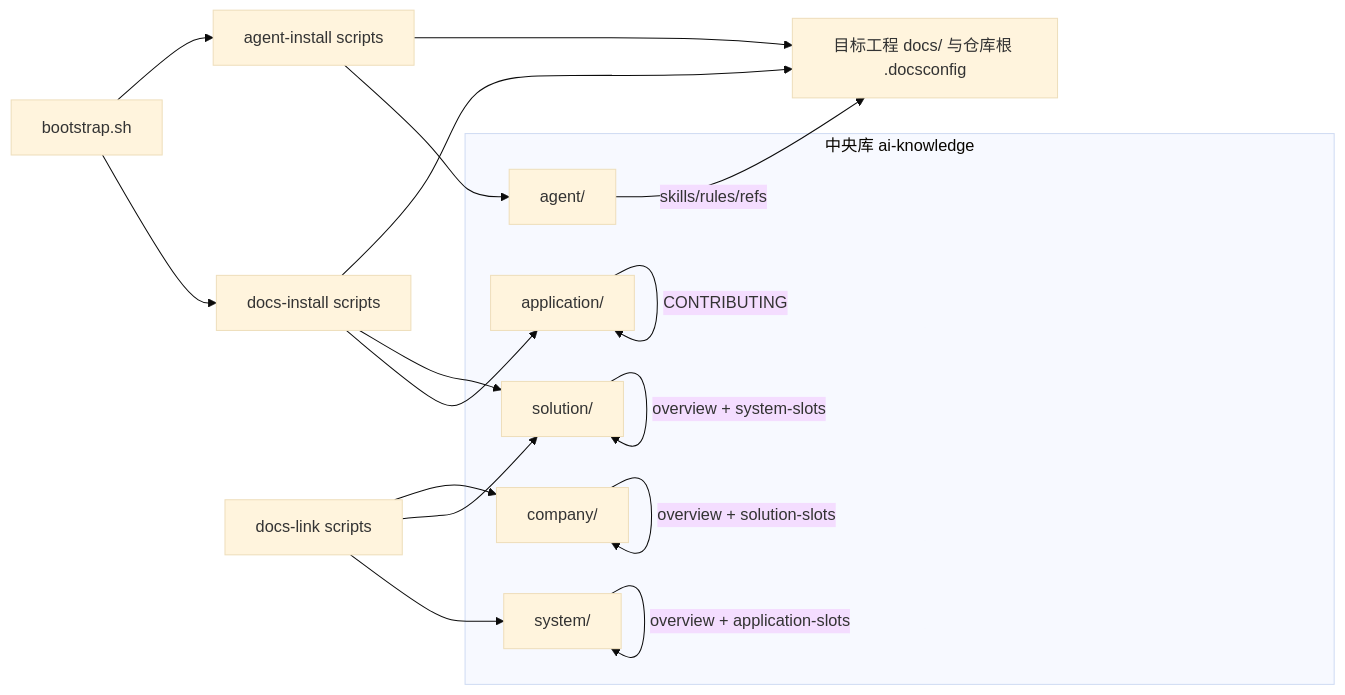
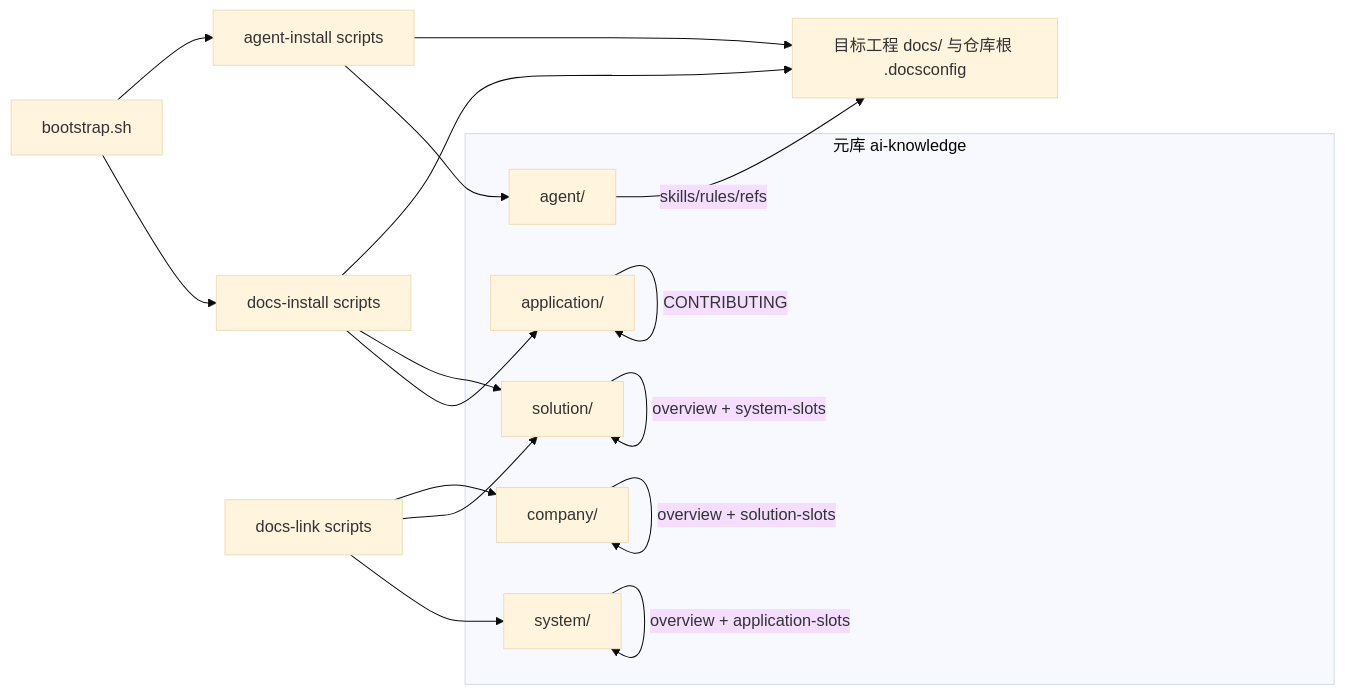
The first of 2 diagrams in INDEX-GUIDE.md (oleewen/ai-knowledge), drawn with Mermaid (base theme) before and after one commit. The commit also changed other lines of this file and 51 other files, not shown here.

````diff
--- a/INDEX-GUIDE.md
+++ b/INDEX-GUIDE.md
@@ -98,30 +98,30 @@
 ```mermaid
 flowchart LR
-  subgraph central["中央库 ai-knowledge"]
+  subgraph central["元库 ai-knowledge"]
     app["application/"]
     ag["agent/"]
     sys["system/"]
     sln["solution/"]
     co["company/"]
   end
   tgt["目标工程 docs/ 与仓库根 .docsconfig"]
   boot["bootstrap.sh"]
   di["docs-install scripts"]
   ai["agent-install scripts"]
   dl["docs-link scripts"]
   boot --> di
   boot --> ai
   di --> app
   di --> sln
   di --> tgt
   ai --> ag
   ai --> tgt
   dl --> sys
   dl --> sln
   dl --> co
   app -->|"CONTRIBUTING"| app
   sys -->|"overview + application-slots"| sys
   sln -->|"overview + system-slots"| sln
   co -->|"overview + solution-slots"| co
   ag -->|"skills/rules/refs"| tgt
 ```
````
